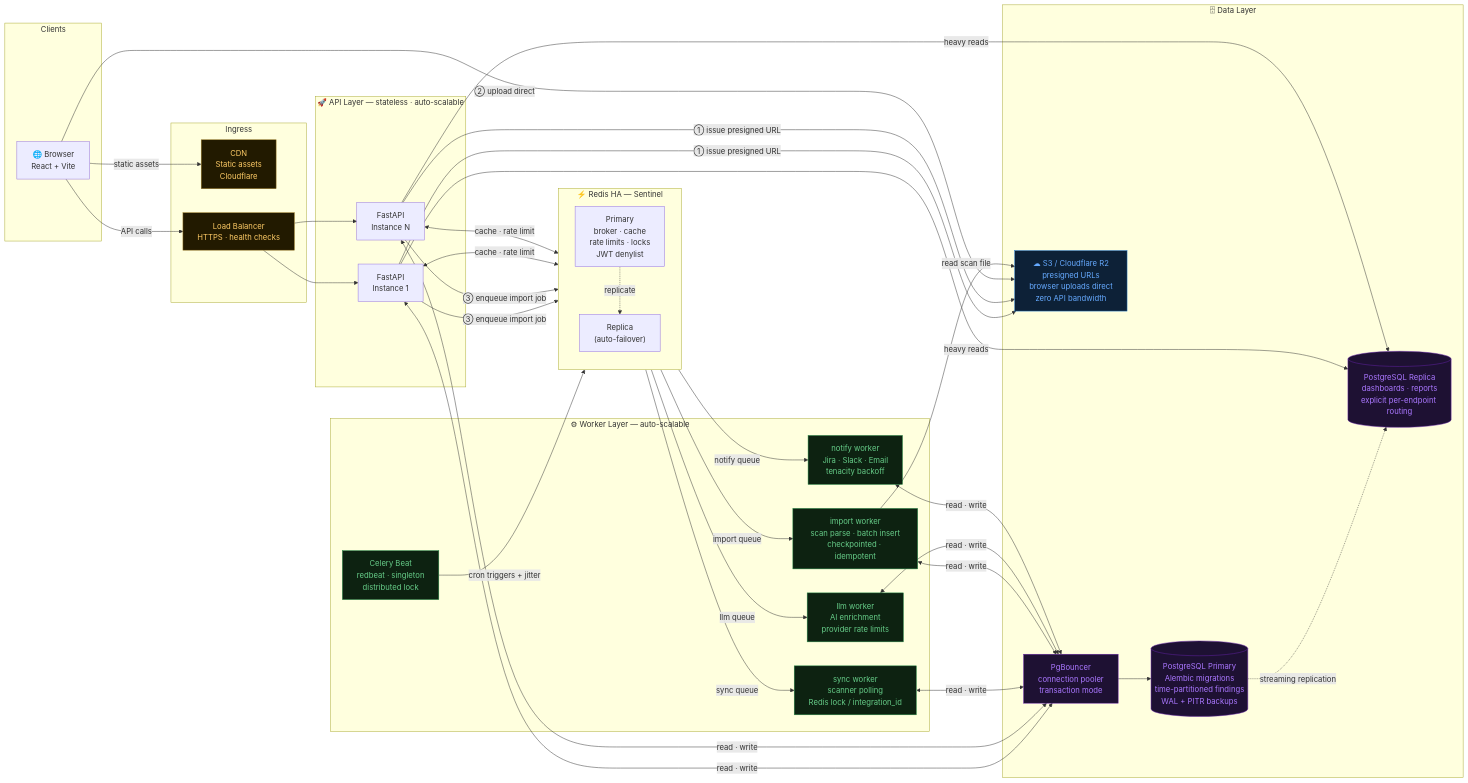
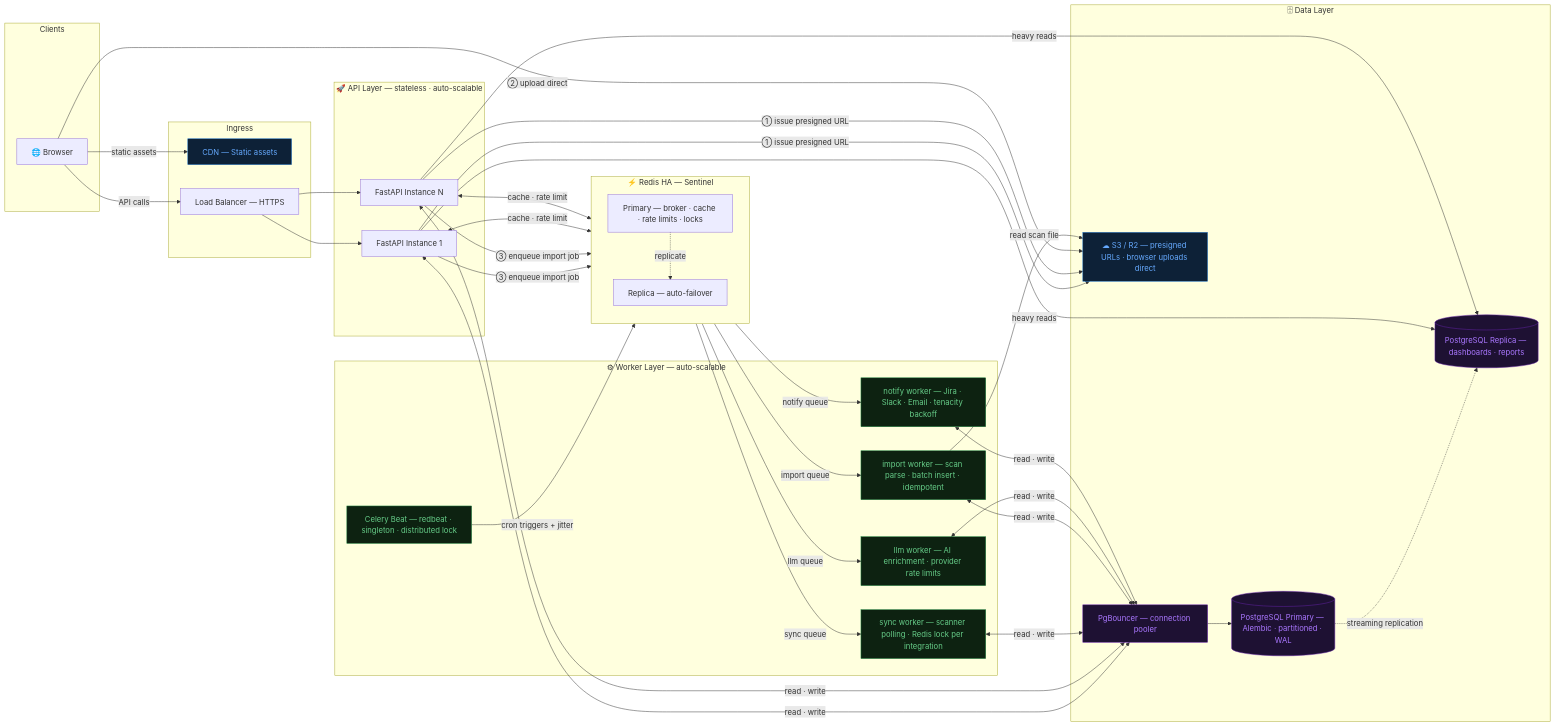
The second of 4 diagrams in docs/architecture-scalability.md (MrAnde7son/hakuna), drawn with Mermaid before and after one commit. The commit also changed other lines of this file and 5 other files, not shown here.

````diff
--- a/docs/architecture-scalability.md
+++ b/docs/architecture-scalability.md
@@ -58,75 +54,68 @@
 ```mermaid
 flowchart LR
     subgraph CL["Clients"]
-        B["🌐 Browser<br/>React + Vite"]
+        B["🌐 Browser"]
     end
 
     subgraph IN["Ingress"]
-        CDN["CDN<br/>Static assets<br/>Cloudflare"]
-        LB["Load Balancer<br/>HTTPS · health checks"]
+        CDN["CDN — Static assets"]
+        LB["Load Balancer — HTTPS"]
     end
 
     subgraph AP["🚀 API Layer — stateless · auto-scalable"]
-        A1["FastAPI<br/>Instance 1"]
-        AN["FastAPI<br/>Instance N"]
+        A1["FastAPI Instance 1"]
+        AN["FastAPI Instance N"]
     end
 
     subgraph RD["⚡ Redis HA — Sentinel"]
-        RP["Primary<br/>broker · cache<br/>rate limits · locks<br/>JWT denylist"]
-        RR["Replica<br/>(auto-failover)"]
+        RP["Primary — broker · cache · rate limits · locks"]
+        RR["Replica — auto-failover"]
         RP -.->|replicate| RR
     end
 
     subgraph WK["⚙ Worker Layer — auto-scalable"]
-        BT["Celery Beat<br/>redbeat · singleton<br/>distributed lock"]
-        WS["sync worker<br/>scanner polling<br/>Redis lock / integration_id"]
-        WI["import worker<br/>scan parse · batch insert<br/>checkpointed · idempotent"]
-        WL["llm worker<br/>AI enrichment<br/>provider rate limits"]
-        WN["notify worker<br/>Jira · Slack · Email<br/>tenacity backoff"]
+        BT["Celery Beat — redbeat · singleton · distributed lock"]
+        WS["sync worker — scanner polling · Redis lock per integration"]
+        WI["import worker — scan parse · batch insert · idempotent"]
+        WL["llm worker — AI enrichment · provider rate limits"]
+        WN["notify worker — Jira · Slack · Email · tenacity backoff"]
     end
 
     subgraph DL["🗄 Data Layer"]
-        PB["PgBouncer<br/>connection pooler<br/>transaction mode"]
-        PG[("PostgreSQL Primary<br/>Alembic migrations<br/>time-partitioned findings<br/>WAL + PITR backups")]
-        PR[("PostgreSQL Replica<br/>dashboards · reports<br/>explicit per-endpoint routing")]
-        S3["☁ S3 / Cloudflare R2<br/>presigned URLs<br/>browser uploads direct<br/>zero API bandwidth"]
+        PB["PgBouncer — connection pooler"]
+        PG[("PostgreSQL Primary — Alembic · partitioned · WAL")]
+        PR[("PostgreSQL Replica — dashboards · reports")]
+        S3["☁ S3 / R2 — presigned URLs · browser uploads direct"]
         PB --> PG
         PG -.->|streaming replication| PR
     end
 
-    %% Ingress
     B -->|static assets| CDN
     B -->|API calls| LB
     LB --> A1 & AN
 
-    %% Presigned upload — browser never goes through API
     A1 & AN -->|"① issue presigned URL"| S3
     B -->|"② upload direct"| S3
     A1 & AN -->|"③ enqueue import job"| RD
 
-    %% API reads/writes
     A1 & AN <-->|read · write| PB
     A1 & AN -->|heavy reads| PR
     A1 & AN <-->|cache · rate limit| RD
 
-    %% Worker dispatch
     BT -->|cron triggers + jitter| RD
     RD -->|sync queue| WS
     RD -->|import queue| WI
     RD -->|llm queue| WL
     RD -->|notify queue| WN
 
-    %% Workers read/write
     WS & WI & WL & WN <-->|read · write| PB
     WI -->|read scan file| S3
 
     classDef new fill:#0d2137,stroke:#2277cc,color:#66aaff
     classDef data fill:#1e1133,stroke:#6622aa,color:#aa77ff
     classDef worker fill:#0d2211,stroke:#228844,color:#66cc88
-    classDef ingress fill:#221a00,stroke:#997722,color:#ffcc66
 
     class CDN,S3 new
     class PB,PG,PR data
     class WS,WI,WL,WN,BT worker
-    class CDN,LB ingress
 ```
````
